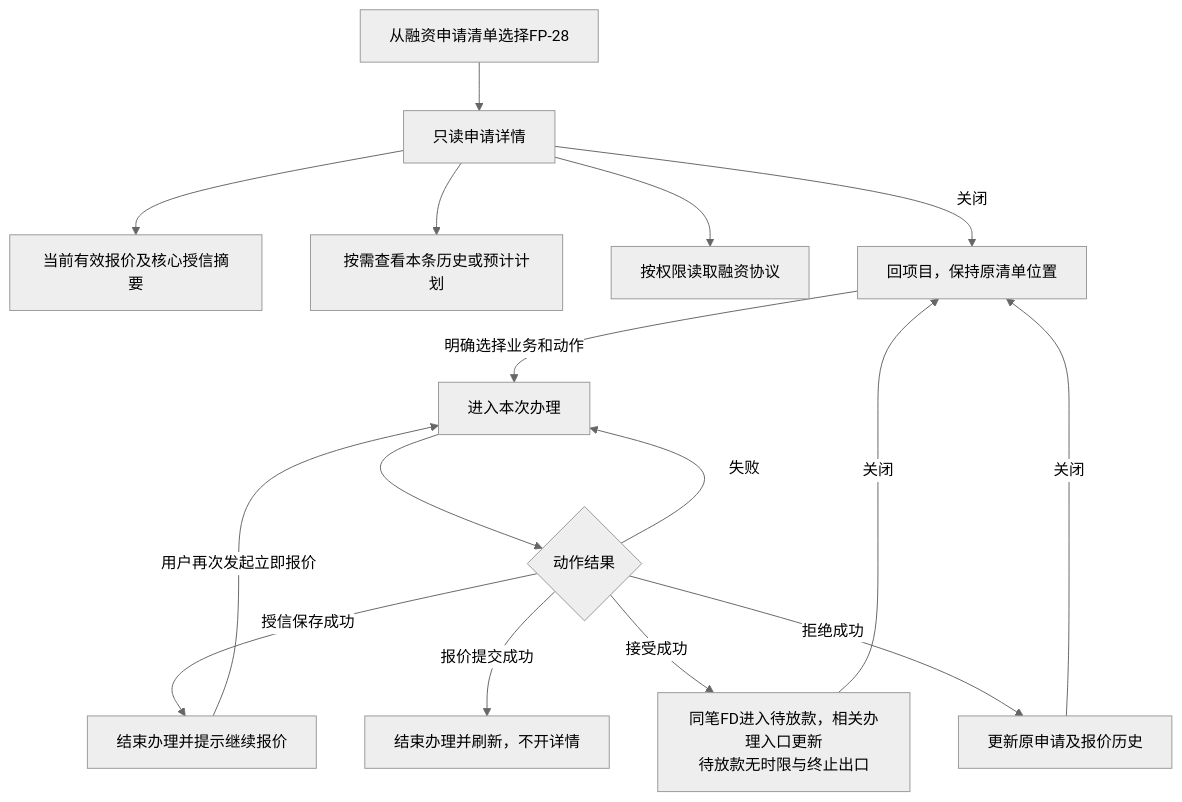
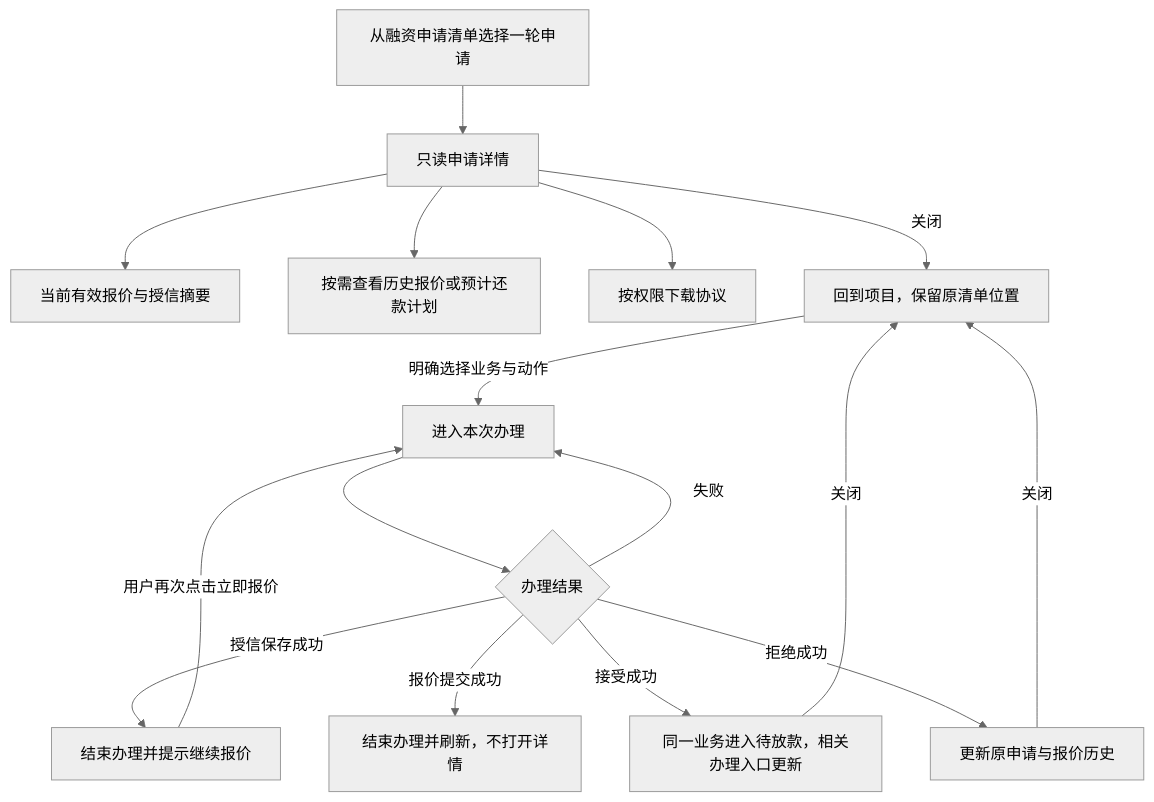
The fifth of 8 diagrams in lending-platform/PRD/面客端/06-借贷广场-授信报价与接受拒绝/02-授信报价与接受拒绝-流程图与状态机.md (wxblockchain/Chain-Financing), drawn with Mermaid (neutral theme) before and after one commit. The commit also changed other lines of this file and 6 other files, not shown here.

````diff
--- a/lending-platform/PRD/面客端/06-借贷广场-授信报价与接受拒绝/02-授信报价与接受拒绝-流程图与状态机.md
+++ b/lending-platform/PRD/面客端/06-借贷广场-授信报价与接受拒绝/02-授信报价与接受拒绝-流程图与状态机.md
@@ -114,18 +114,18 @@
 ```mermaid
 flowchart TD
-  A[从融资申请清单选择FP-28] --> B[只读申请详情]
-  B --> C[当前有效报价及核心授信摘要]
-  B --> D[按需查看本条历史或预计计划]
-  B --> E[按权限读取融资协议]
-  B -->|关闭| P[回项目，保持原清单位置]
-  P -->|明确选择业务和动作| Q[进入本次办理]
-  Q --> R{动作结果}
+  A[从融资申请清单选择一轮申请] --> B[只读申请详情]
+  B --> C[当前有效报价与授信摘要]
+  B --> D[按需查看历史报价或预计还款计划]
+  B --> E[按权限下载协议]
+  B -->|关闭| P[回到项目，保留原清单位置]
+  P -->|明确选择业务与动作| Q[进入本次办理]
+  Q --> R{办理结果}
   R -->|授信保存成功| S[结束办理并提示继续报价]
-  R -->|报价提交成功| T[结束办理并刷新，不开详情]
-  R -->|接受成功| U[同笔FD进入待放款，相关办理入口更新<br/>待放款无时限与终止出口]
-  R -->|拒绝成功| V[更新原申请及报价历史]
+  R -->|报价提交成功| T[结束办理并刷新，不打开详情]
+  R -->|接受成功| U[同一业务进入待放款，相关办理入口更新]
+  R -->|拒绝成功| V[更新原申请与报价历史]
   R -->|失败| Q
-  S -->|用户再次发起立即报价| Q
+  S -->|用户再次点击立即报价| Q
   U -->|关闭| P
   V -->|关闭| P
 ```
````
